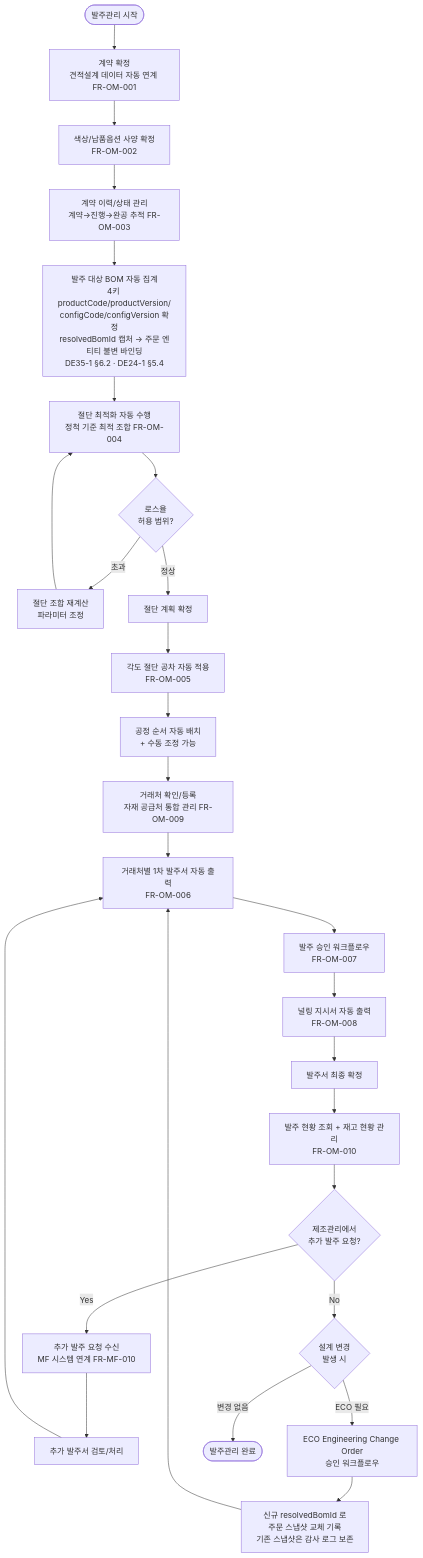
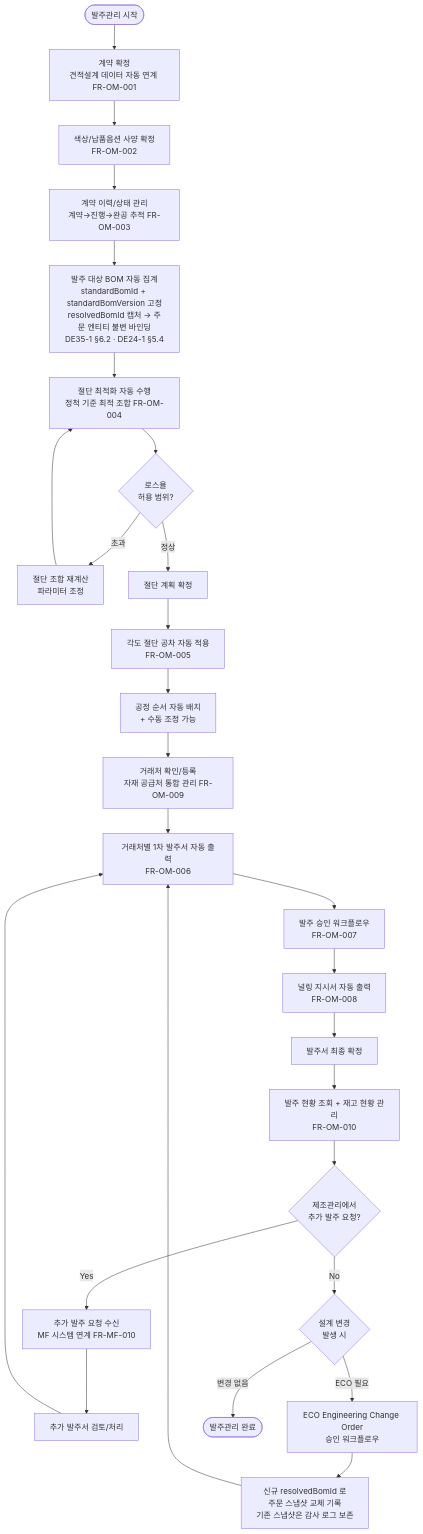
Before and after one commit to team-codecraft/wims2.0: the second of 2 diagrams in docs/2_AN(분석)/AN21-3_발주관리_OM_업무흐름도_v1.0.md, drawn with Mermaid. The commit also changed other lines of this file and 78 other files, not shown here.

````diff
--- a/docs/2_AN(분석)/AN21-3_발주관리_OM_업무흐름도_v1.0.md
+++ b/docs/2_AN(분석)/AN21-3_발주관리_OM_업무흐름도_v1.0.md
@@ -77,36 +77,36 @@
 ```mermaid
 flowchart TD
     Start([발주관리 시작])
 
     Start --> A1[계약 확정<br/>견적설계 데이터 자동 연계 FR-OM-001]
     A1 --> A2[색상/납품옵션 사양 확정<br/>FR-OM-002]
     A2 --> A3[계약 이력/상태 관리<br/>계약→진행→완공 추적 FR-OM-003]
-    A3 --> A4[발주 대상 BOM 자동 집계<br/>4키 productCode/productVersion/<br/>configCode/configVersion 확정<br/>resolvedBomId 캡처 → 주문 엔티티 불변 바인딩<br/>DE35-1 §6.2 · DE24-1 §5.4]
+    A3 --> A4[발주 대상 BOM 자동 집계<br/>standardBomId + standardBomVersion 고정<br/>resolvedBomId 캡처 → 주문 엔티티 불변 바인딩<br/>DE35-1 §6.2 · DE24-1 §5.4]
 
     A4 --> B1[절단 최적화 자동 수행<br/>정척 기준 최적 조합 FR-OM-004]
     B1 --> B2{로스율<br/>허용 범위?}
     B2 -->|초과| B3[절단 조합 재계산<br/>파라미터 조정]
     B2 -->|정상| B4[절단 계획 확정]
     B3 --> B1
 
     B4 --> C1[각도 절단 공차 자동 적용<br/>FR-OM-005]
     C1 --> C2[공정 순서 자동 배치<br/>+ 수동 조정 가능]
 
     C2 --> D1[거래처 확인/등록<br/>자재 공급처 통합 관리 FR-OM-009]
     D1 --> D2[거래처별 1차 발주서 자동 출력<br/>FR-OM-006]
     D2 --> D3[발주 승인 워크플로우<br/>FR-OM-007]
     D3 --> D4[널링 지시서 자동 출력<br/>FR-OM-008]
     D4 --> D5[발주서 최종 확정]
 
     D5 --> E1[발주 현황 조회 + 재고 현황 관리<br/>FR-OM-010]
 
     E1 --> F1{제조관리에서<br/>추가 발주 요청?}
     F1 -->|Yes| F2[추가 발주 요청 수신<br/>MF 시스템 연계 FR-MF-010]
     F2 --> F3[추가 발주서 검토/처리]
     F3 --> D2
     F1 -->|No| G1{설계 변경<br/>발생 시}
     G1 -->|ECO 필요| G2[ECO Engineering Change Order<br/>승인 워크플로우]
     G2 --> G3[신규 resolvedBomId 로<br/>주문 스냅샷 교체 기록<br/>기존 스냅샷은 감사 로그 보존]
     G3 --> D2
     G1 -->|변경 없음| End([발주관리 완료])
 ```
````
